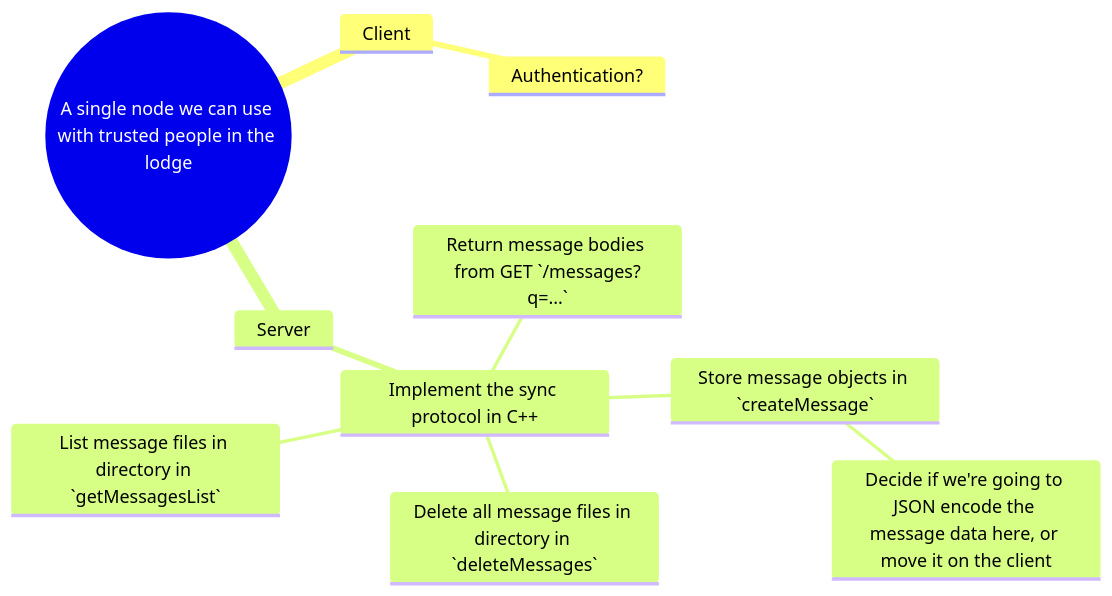
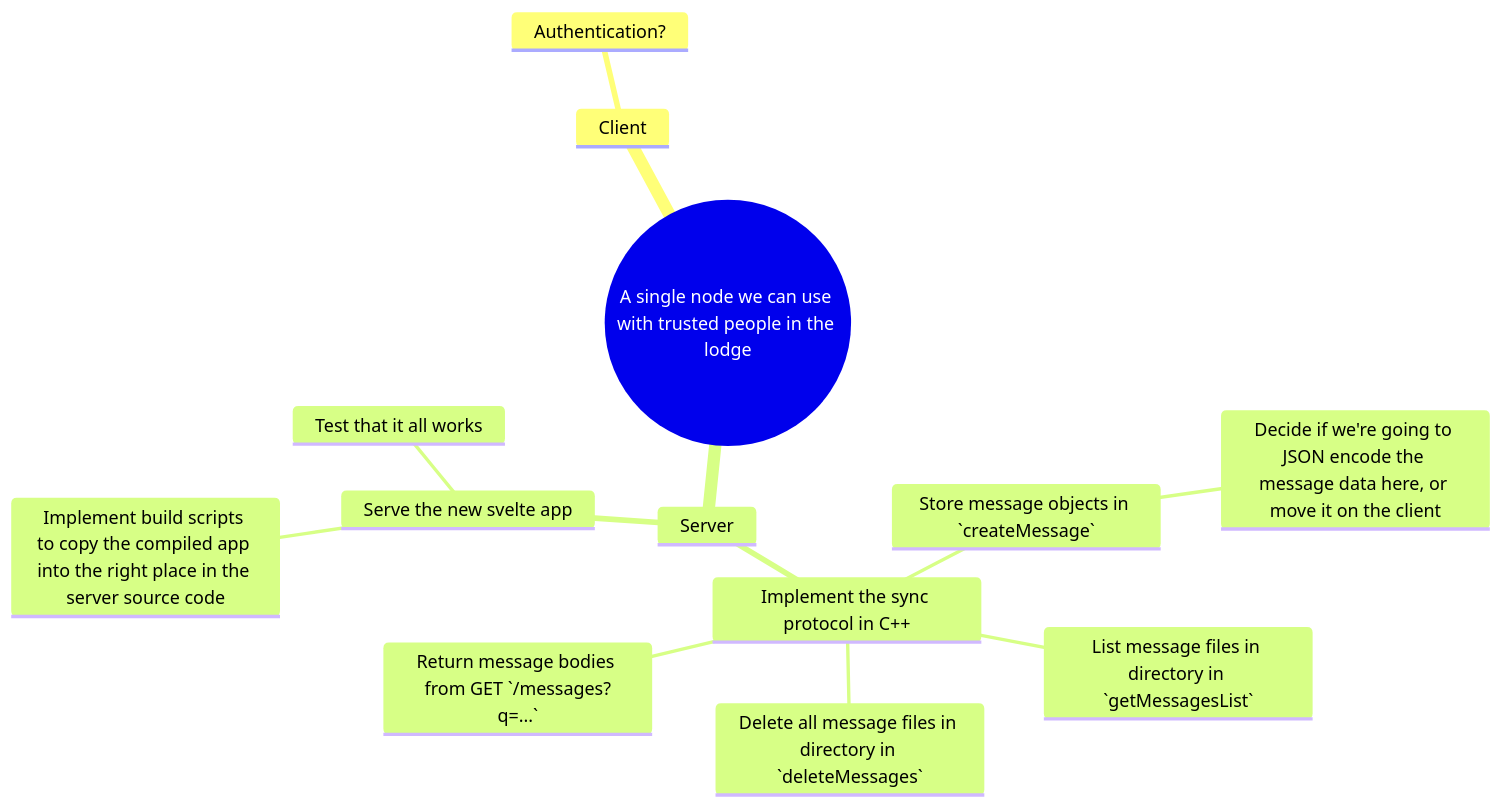
The diagram in README.md (blaine/couloir), drawn with Mermaid before and after one commit.

Commit message:
Add more TODOs

````diff
--- a/README.md
+++ b/README.md
@@ -7,13 +7,16 @@
 ```mermaid
 mindmap
   root((A single node we can use with trusted people in the lodge))
     Client
       Authentication?
     Server
       Implement the sync protocol in C++
         Store message objects in `createMessage`
           Decide if we're going to JSON encode the message data here, or move it on the client
         List message files in directory in `getMessagesList`
         Delete all message files in directory in `deleteMessages`
         Return message bodies from GET `/messages?q=...`
+      Serve the new svelte app
+        Implement build scripts to copy the compiled app into the right place in the server source code
+        Test that it all works
 ```
````
